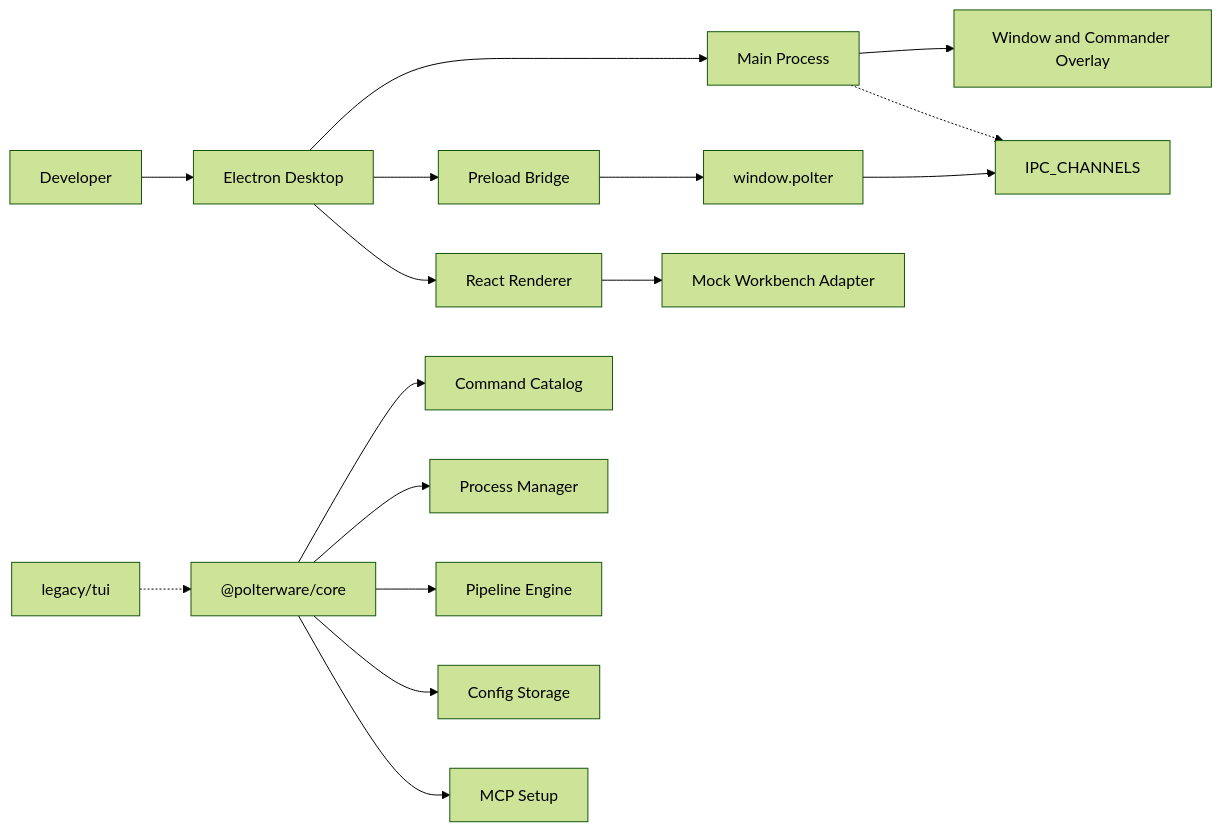
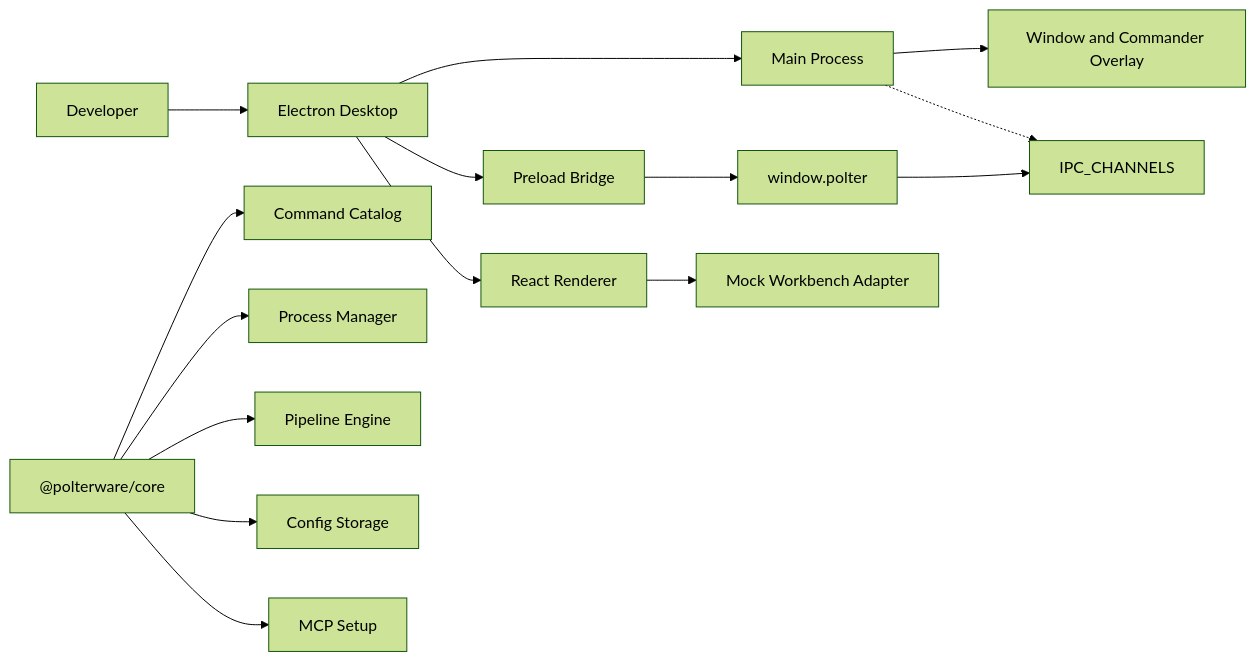
The diagram in README.md (rckbrcls/polter), drawn with Mermaid (forest theme) before and after one commit. The commit also changed other lines of this file and 12 other files, not shown here.

Commit message:
Refine Polter documentation and archive legacy TUI

````diff
--- a/README.md
+++ b/README.md
@@ -46,18 +45,17 @@
 ```mermaid
 flowchart LR
   User["Developer"] --> Desktop["Electron Desktop"]
   Desktop --> Main["Main Process"]
   Main --> Window["Window and Commander Overlay"]
   Desktop --> Preload["Preload Bridge"]
   Preload --> Bridge["window.polter"]
   Bridge --> Channels["IPC_CHANNELS"]
   Desktop --> Renderer["React Renderer"]
   Renderer --> Mock["Mock Workbench Adapter"]
   Main -.-> Channels
   Core["@polterware/core"] --> Commands["Command Catalog"]
   Core --> Processes["Process Manager"]
   Core --> Pipelines["Pipeline Engine"]
   Core --> Config["Config Storage"]
   Core --> MCP["MCP Setup"]
-  Legacy["legacy/tui"] -.-> Core
 ```
````
